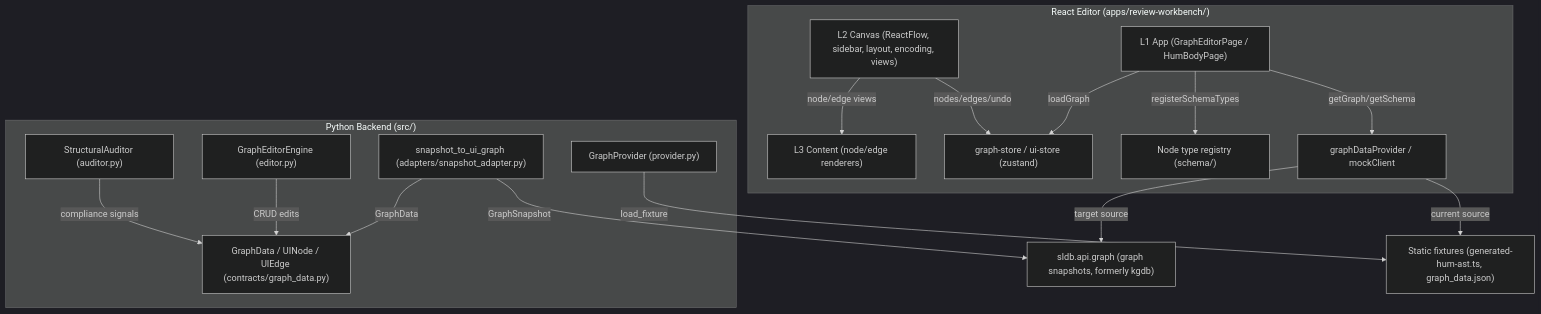
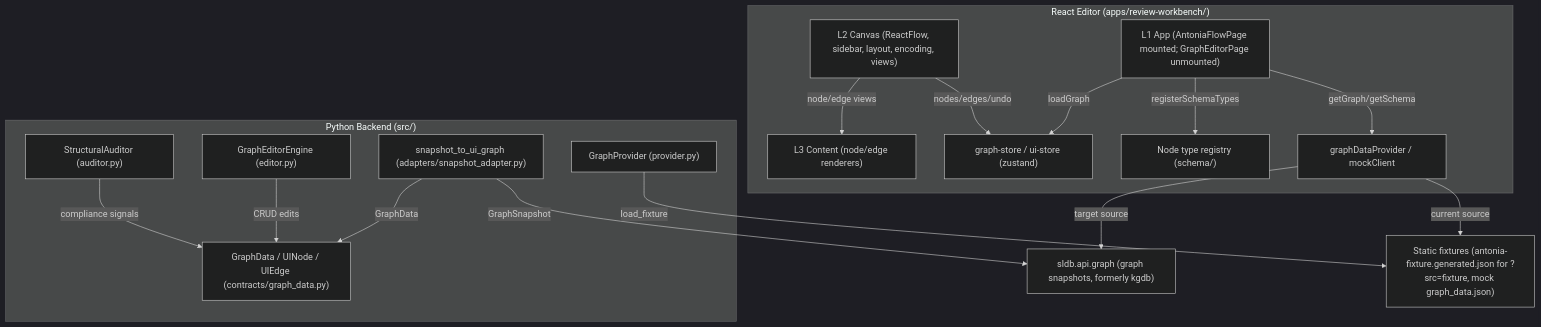
Before and after one commit to jpcosec/graph_ui: the diagram in docs/diagrams/component.graph-ui.mmd, drawn with Mermaid (dark theme). The commit also changed 8 other files, not shown here.

First line of the commit message:
specs: las fuentes de los atoms dejan de describir la vista HUM

```diff
--- a/docs/diagrams/component.graph-ui.mmd
+++ b/docs/diagrams/component.graph-ui.mmd
@@ -1,30 +1,31 @@
+%% spec2viz: generated from docs/specs/component.graph-ui.yml; do not edit, run `spec2viz diagram validate docs/specs/component.graph-ui.yml` and re-render
 graph TD
     subgraph PyBackend ["Python Backend (src/)"]
         Contracts["GraphData / UINode / UIEdge (contracts/graph_data.py)"]
         EditorEngine["GraphEditorEngine (editor.py)"]
         Auditor["StructuralAuditor (auditor.py)"]
         Provider["GraphProvider (provider.py)"]
         SnapshotAdapter["snapshot_to_ui_graph (adapters/snapshot_adapter.py)"]
     end
     subgraph Frontend ["React Editor (apps/review-workbench/)"]
-        L1App["L1 App (GraphEditorPage / HumBodyPage)"]
+        L1App["L1 App (AntoniaFlowPage mounted; GraphEditorPage unmounted)"]
         L2Canvas["L2 Canvas (ReactFlow, sidebar, layout, encoding, views)"]
         L3Content["L3 Content (node/edge renderers)"]
         Stores["graph-store / ui-store (zustand)"]
         SchemaRegistry["Node type registry (schema/)"]
         DataProvider["graphDataProvider / mockClient"]
     end
     SldbGraph["sldb.api.graph (graph snapshots, formerly kgdb)"]
-    StaticFixtures["Static fixtures (generated-hum-ast.ts, graph_data.json)"]
+    StaticFixtures["Static fixtures (antonia-fixture.generated.json for ?src=fixture, mock graph_data.json)"]
     L1App -->|"getGraph/getSchema"| DataProvider
     DataProvider -->|"current source"| StaticFixtures
     DataProvider -->|"target source"| SldbGraph
     SnapshotAdapter -->|"GraphSnapshot"| SldbGraph
     SnapshotAdapter -->|"GraphData"| Contracts
     L1App -->|"loadGraph"| Stores
     L2Canvas -->|"nodes/edges/undo"| Stores
     L2Canvas -->|"node/edge views"| L3Content
     L1App -->|"registerSchemaTypes"| SchemaRegistry
     EditorEngine -->|"CRUD edits"| Contracts
     Auditor -->|"compliance signals"| Contracts
     Provider -->|"load_fixture"| StaticFixtures
```
